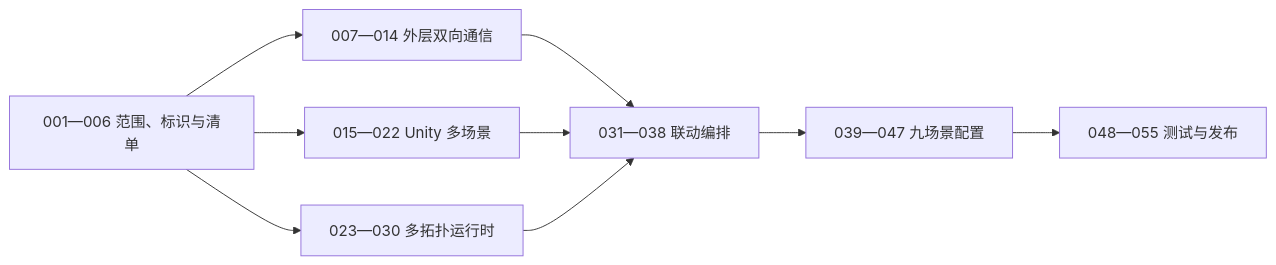
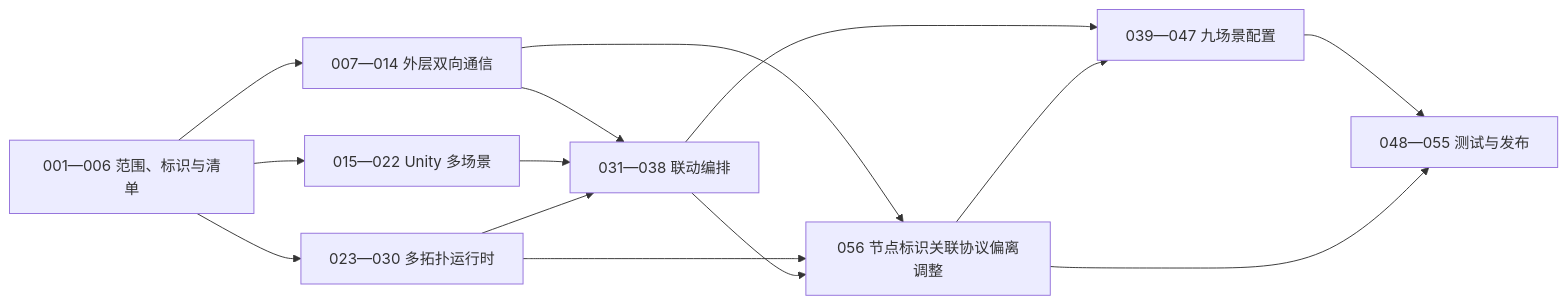
Before and after one commit to leyuexiang/WebDLPro: the diagram in Docs/前端原子任务/00-任务总览.md, drawn with Mermaid. The commit also changed other lines of this file and 1842 other files, not shown here.

````diff
--- a/Docs/前端原子任务/00-任务总览.md
+++ b/Docs/前端原子任务/00-任务总览.md
@@ -187,19 +234,25 @@
 ```mermaid
 flowchart LR
   A["001—006 范围、标识与清单"]
   B["007—014 外层双向通信"]
   C["015—022 Unity 多场景"]
   D["023—030 多拓扑运行时"]
   E["031—038 联动编排"]
   F["039—047 九场景配置"]
   G["048—055 测试与发布"]
+  H["056 节点标识关联协议偏离调整"]
 
   A --> B
   A --> C
   A --> D
   B --> E
   C --> E
   D --> E
   E --> F
   F --> G
+  B --> H
+  D --> H
+  E --> H
+  H --> F
+  H --> G
 ```
````
